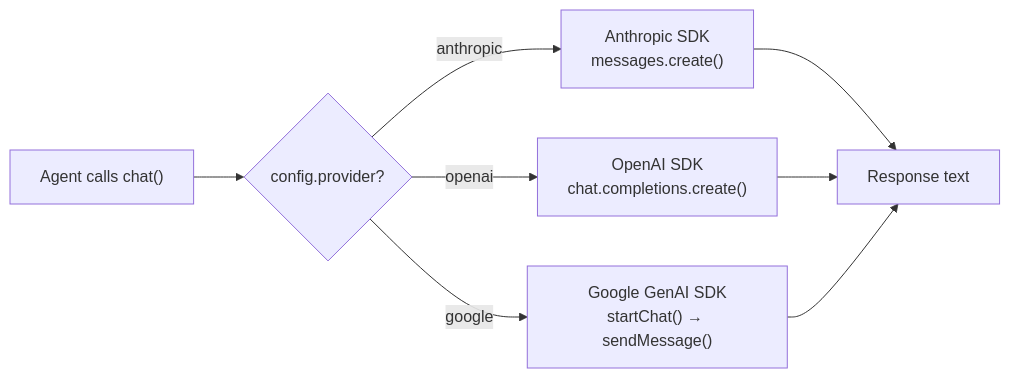
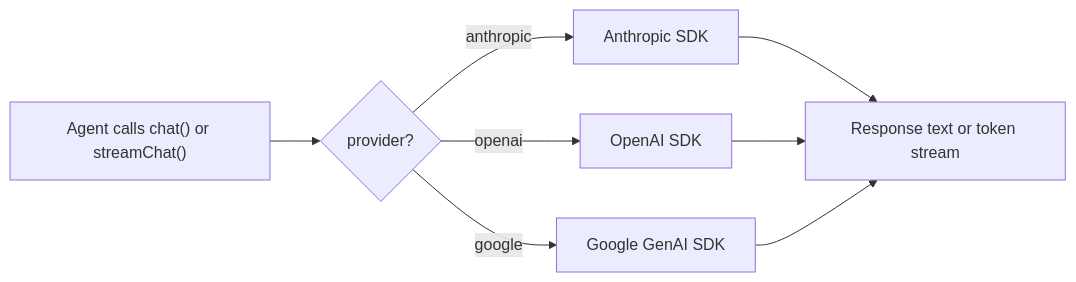
Before and after one commit to neerazz/ai-psychiatrist: the fourth of 4 diagrams in README.md, drawn with Mermaid. The commit also changed other lines of this file and 47 other files, not shown here.

````diff
--- a/README.md
+++ b/README.md
@@ -372,11 +503,11 @@
 ```mermaid
 flowchart LR
-    A["Agent calls chat()"] --> R{"config.provider?"}
-    R -->|anthropic| AN["Anthropic SDK<br/>messages.create()"]
-    R -->|openai| OA["OpenAI SDK<br/>chat.completions.create()"]
-    R -->|google| GO["Google GenAI SDK<br/>startChat() → sendMessage()"]
+    A["Agent calls chat() or streamChat()"] --> R{"provider?"}
+    R -->|anthropic| AN["Anthropic SDK"]
+    R -->|openai| OA["OpenAI SDK"]
+    R -->|google| GO["Google GenAI SDK"]
 
-    AN --> OUT["Response text"]
+    AN --> OUT["Response text or token stream"]
     OA --> OUT
     GO --> OUT
 ```
````
